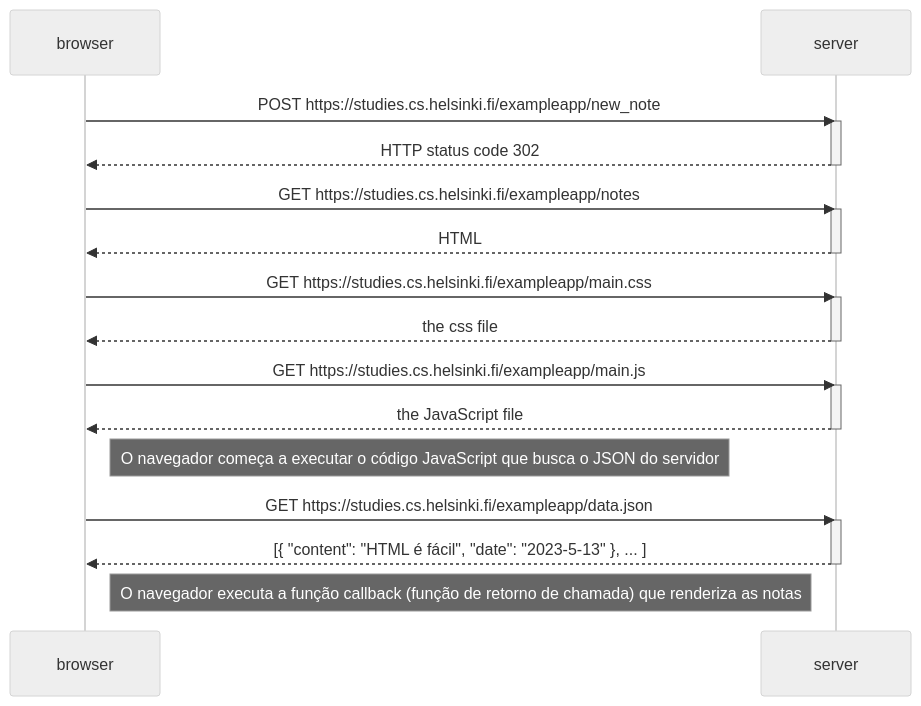
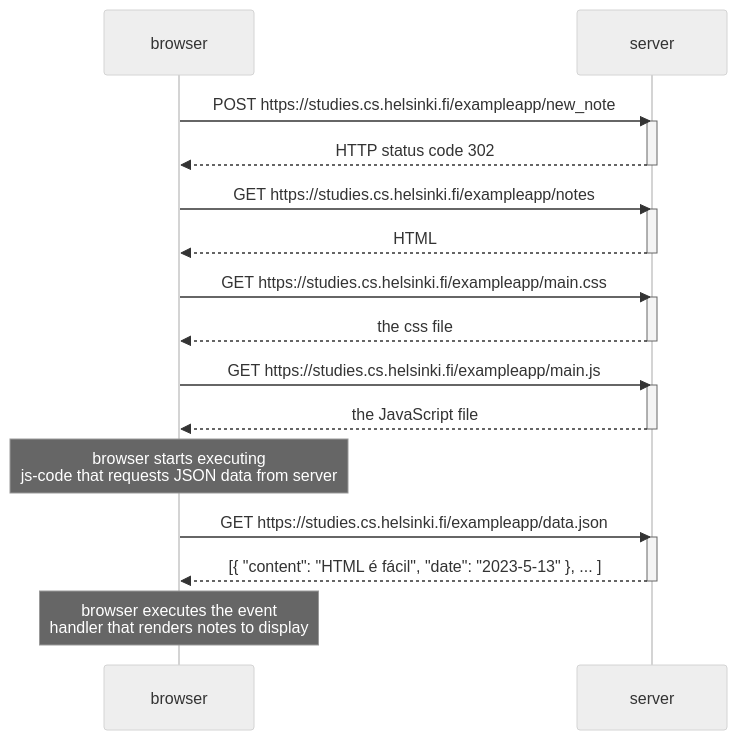
One commit to Dizzonauro/fullstackopen-2023 changed the diagram in part-0/0.4.md. Above: the diagram before and after it, drawn with Mermaid (neutral theme). The commit also changed 1 other file, not shown here.

Commit message:
0.5 single page app

````diff
--- a/part-0/0.4.md
+++ b/part-0/0.4.md
@@ -1,34 +1,34 @@
 ```mermaid
 sequenceDiagram
     participant browser
     participant server
 
     browser->>server: POST https://studies.cs.helsinki.fi/exampleapp/new_note
     activate server
     server-->>browser: HTTP status code 302
     deactivate server
 
     browser->>server: GET https://studies.cs.helsinki.fi/exampleapp/notes
     activate server
     server-->>browser: HTML
     deactivate server
 
     browser->>server: GET https://studies.cs.helsinki.fi/exampleapp/main.css
     activate server
     server-->>browser: the css file
     deactivate server
 
     browser->>server: GET https://studies.cs.helsinki.fi/exampleapp/main.js
     activate server
     server-->>browser: the JavaScript file
     deactivate server
 
-    Note right of browser: O navegador começa a executar o código JavaScript que busca o JSON do servidor
+    Note OVER browser: browser starts executing<br/> js-code that requests JSON data from server
 
     browser->>server: GET https://studies.cs.helsinki.fi/exampleapp/data.json
     activate server
     server-->>browser: [{ "content": "HTML é fácil", "date": "2023-5-13" }, ... ]
     deactivate server
 
-    Note right of browser: O navegador executa a função callback (função de retorno de chamada) que renderiza as notas
+    Note over browser: browser executes the event<br/> handler that renders notes to display
 ```
````
